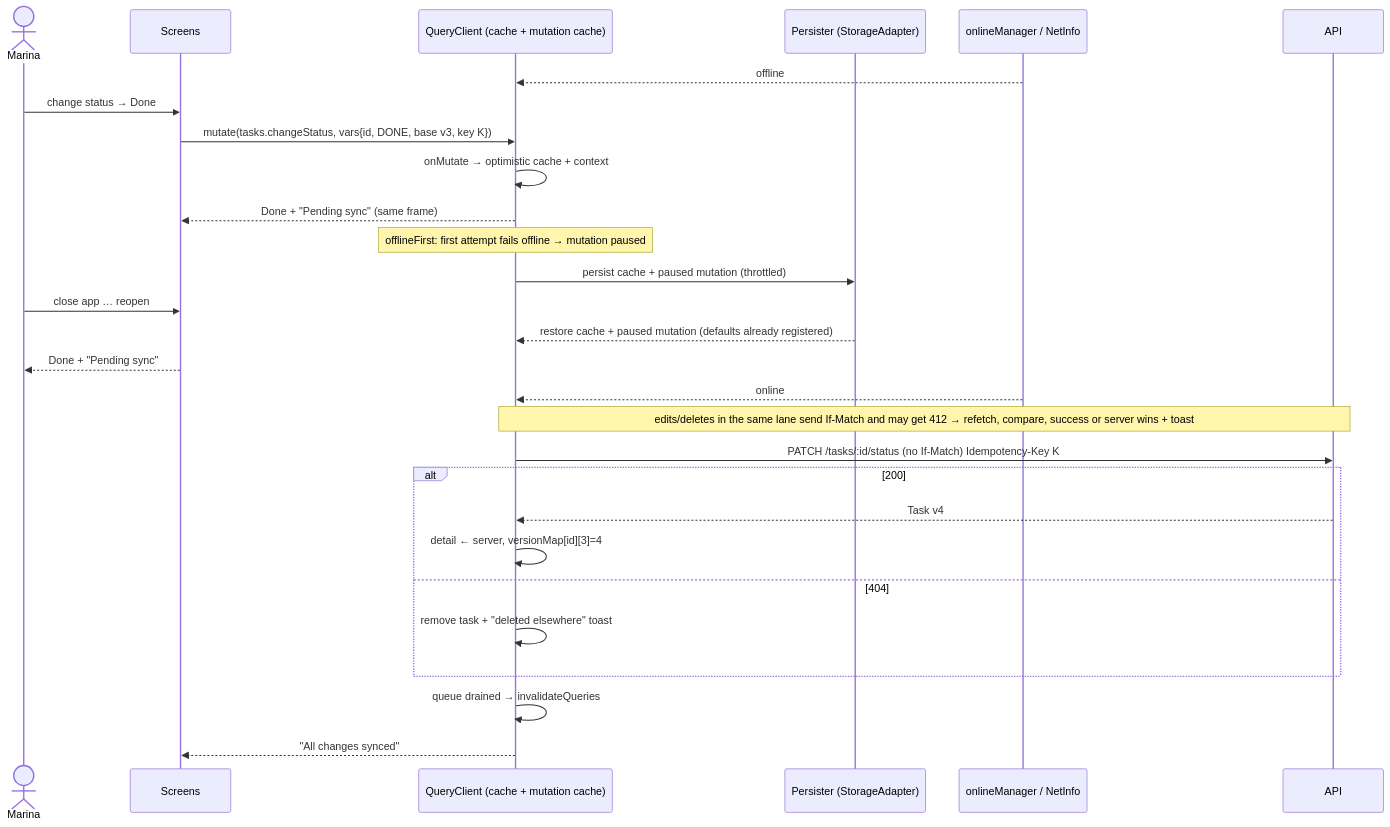
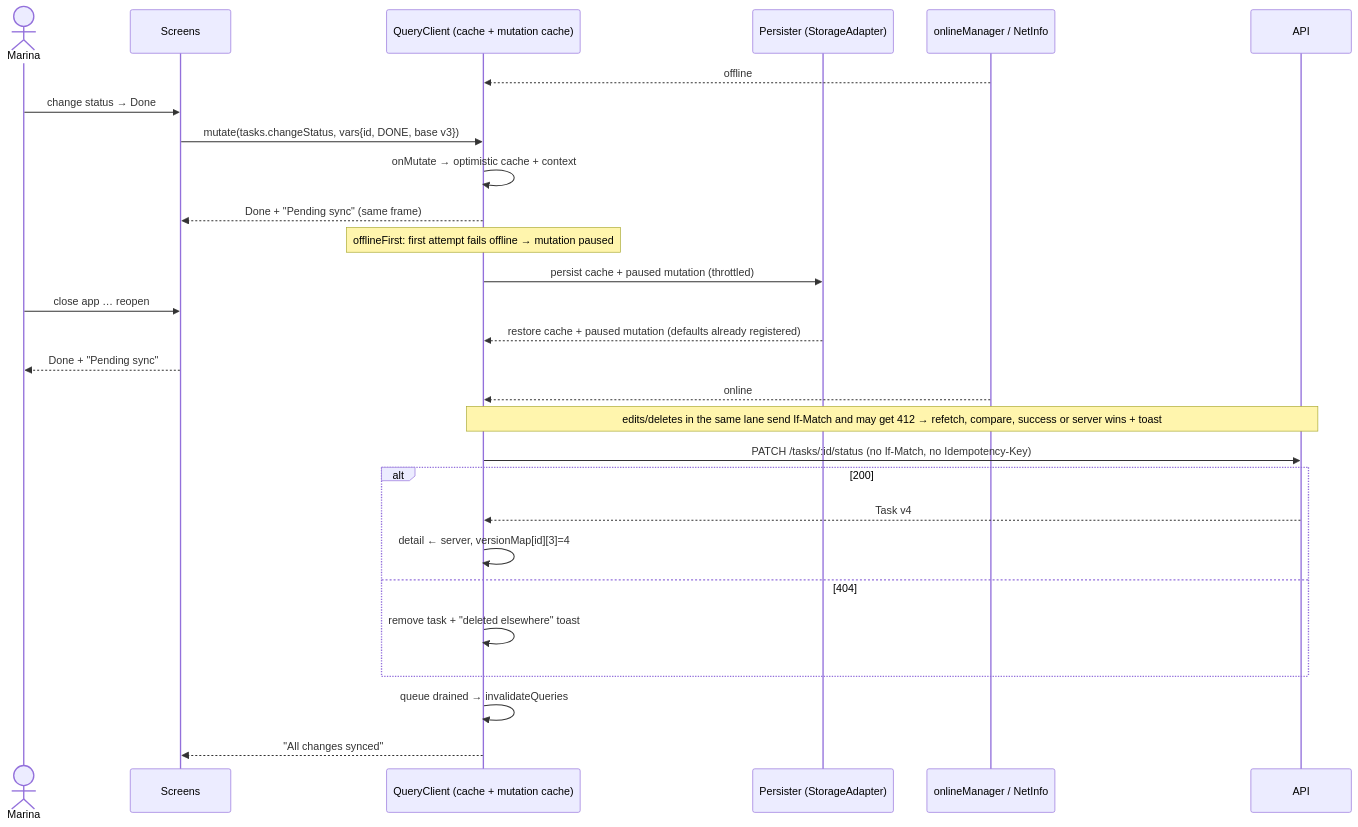
The diagram in docs/specs/005-offline-sync/plan.md (rodriguesdenis/hitss), drawn with Mermaid before and after one commit. The commit also changed other lines of this file and 8 other files, not shown here.

````diff
--- a/docs/specs/005-offline-sync/plan.md
+++ b/docs/specs/005-offline-sync/plan.md
@@ -120,30 +130,30 @@
 ```mermaid
 sequenceDiagram
   actor M as Marina
   participant UI as Screens
   participant QC as QueryClient (cache + mutation cache)
   participant P as Persister (StorageAdapter)
   participant N as onlineManager / NetInfo
   participant API as API
   N-->>QC: offline
   M->>UI: change status → Done
-  UI->>QC: mutate(tasks.changeStatus, vars{id, DONE, base v3, key K})
+  UI->>QC: mutate(tasks.changeStatus, vars{id, DONE, base v3})
   QC->>QC: onMutate → optimistic cache + context
   QC-->>UI: Done + "Pending sync" (same frame)
   Note over QC: offlineFirst: first attempt fails offline → mutation paused
   QC->>P: persist cache + paused mutation (throttled)
   M->>UI: close app … reopen
   P-->>QC: restore cache + paused mutation (defaults already registered)
   UI-->>M: Done + "Pending sync"
   N-->>QC: online
   Note over QC,API: edits/deletes in the same lane send If-Match and may get 412 → refetch, compare, success or server wins + toast
-  QC->>API: PATCH /tasks/:id/status (no If-Match) Idempotency-Key K
+  QC->>API: PATCH /tasks/:id/status (no If-Match, no Idempotency-Key)
   alt 200
     API-->>QC: Task v4
     QC->>QC: detail ← server, versionMap[id][3]=4
   else 404
     QC->>QC: remove task + "deleted elsewhere" toast
   end
   QC->>QC: queue drained → invalidateQueries
   QC-->>UI: "All changes synced"
 ```
````
